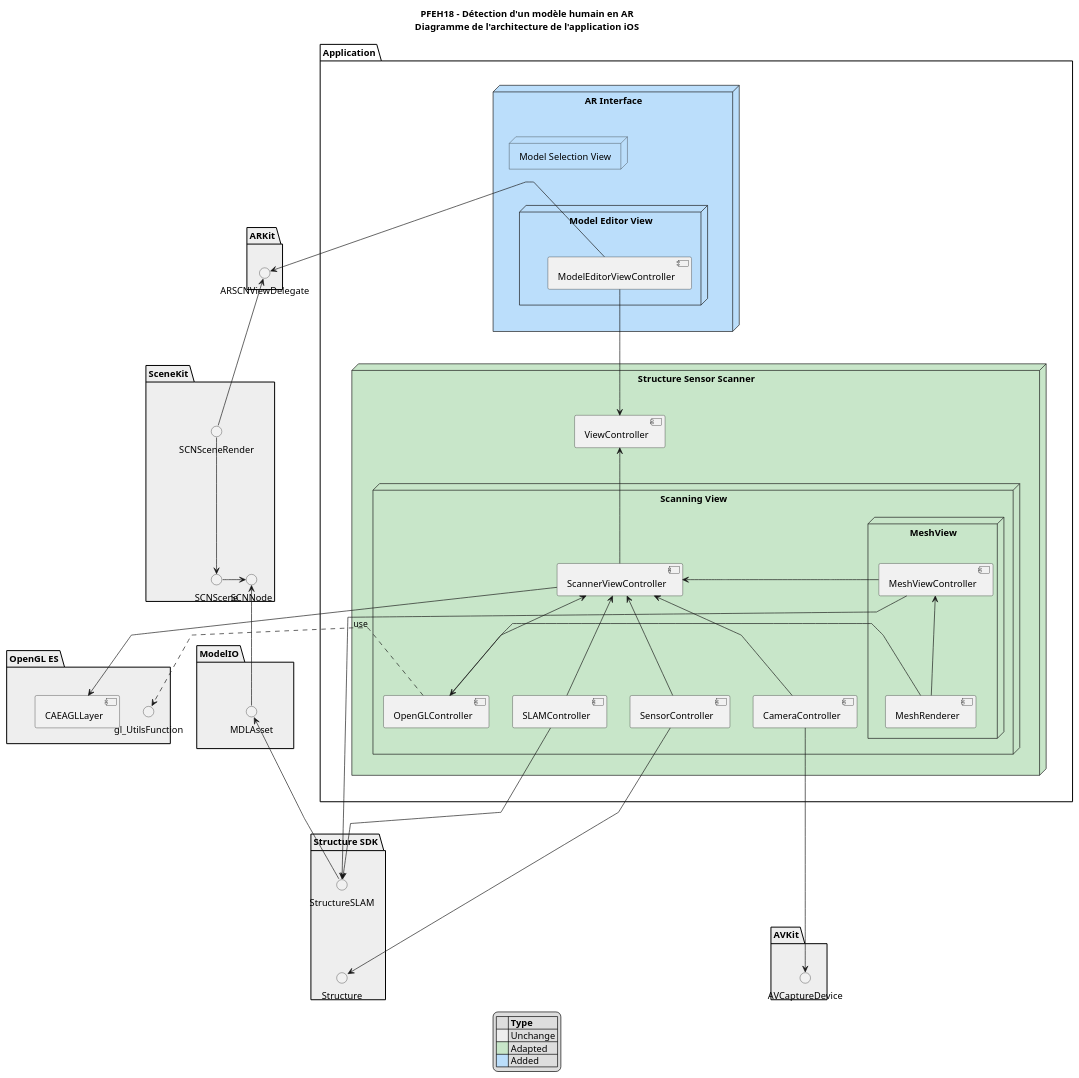
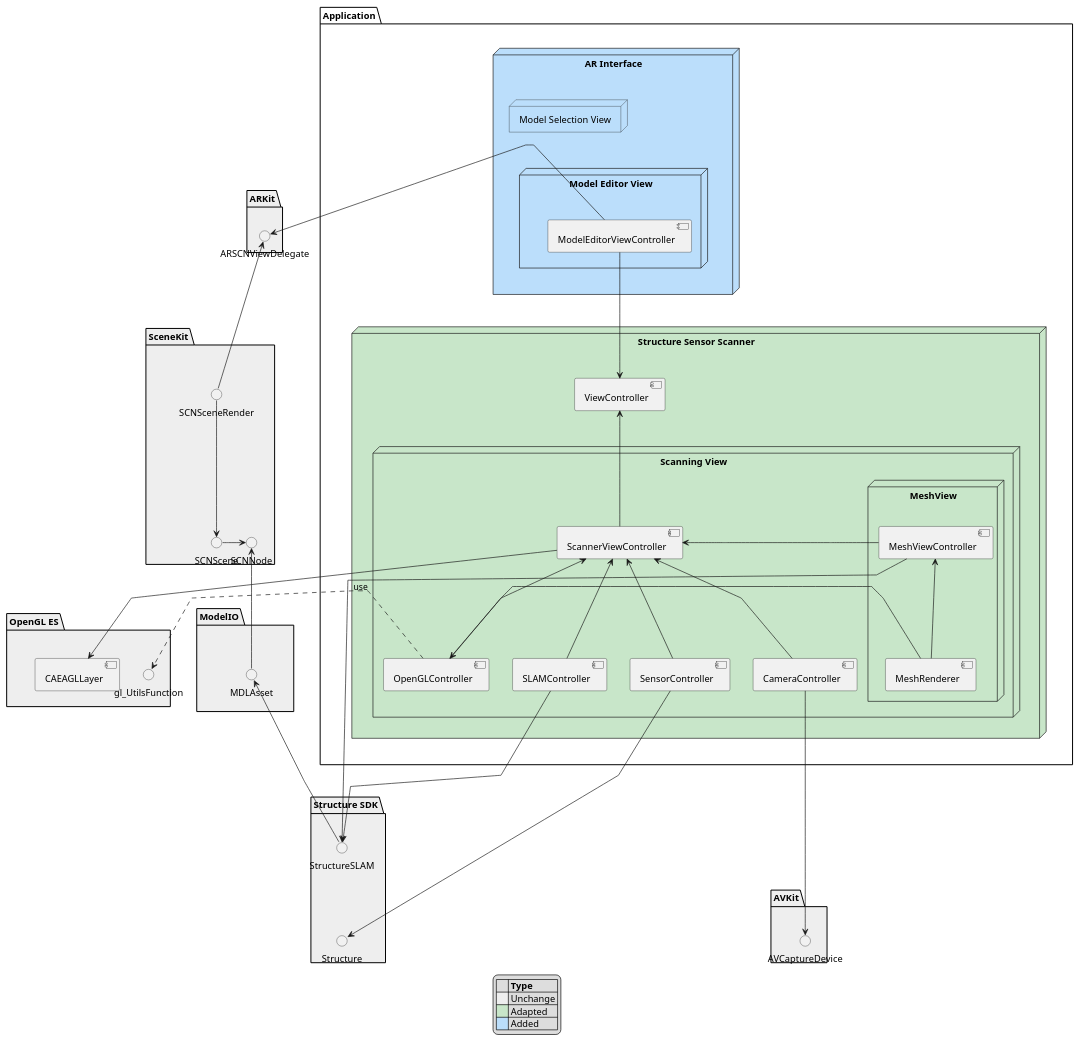
Before and after one commit to julienlemonde/PFE2018-AR: the diagram in rapport/project-architecture.puml, drawn with PlantUML. The commit also changed 3 other files, not shown here.

Commit message:
Add project-architecture diagram

```diff
--- a/rapport/project-architecture.puml
+++ b/rapport/project-architecture.puml
@@ -1,87 +1,86 @@
 @startuml
 skinparam style strictuml
 skinparam linetype polyline
 hide empty members
-title PFEH18 - Détection d'un modèle humain en AR\nDiagramme de l'architecture de l'application iOS
 
 package "Structure SDK" as StructureSDK #EEEEEE{
 () Structure
 () StructureSLAM 
 Structure -[hidden]up-> StructureSLAM
 }
 package "OpenGL ES" as OpenGL #EEEEEE{
     [CAEAGLLayer]
     () gl_UtilsFunction
 }
 
 package Application {
 node "Structure Sensor Scanner" as StructureSensorScanner #C8E6C9{
 [ViewController]
 node "Scanning View" {
 [CameraController] -up-> [ScannerViewController]
 [SLAMController] -up-> [ScannerViewController]
 [SensorController] -up-> [ScannerViewController]
 [OpenGLController] -up-> [ScannerViewController]
 node "MeshView" {
 [MeshRenderer] -up-> [MeshViewController]
 }
 }
 } 
 node "AR Interface" as ARInterface #BBDEFB{
 node "Model Editor View" as ModelEditorView {
 [ModelEditorViewController] 
 }
 node "Model Selection View" as ModelSelectionView #BBDEFB{
 }
 }
 [ModelEditorViewController] -down-> [ViewController]
 ModelSelectionView -[hidden]down-> ModelEditorView
 }
 
 package ARKit #EEEEEE{
 () ARSCNViewDelegate
 }
 
 package SceneKit #EEEEEE{
 () SCNSceneRender -down-> () SCNScene
 SCNScene -right-> () SCNNode
 }
 
 package AVKit #EEEEEE{
 () AVCaptureDevice
 }
 
 package ModelIO #EEEEEE{
 () MDLAsset
 }
 
 [SLAMController] -right-> StructureSLAM
 [SensorController] -right-> Structure
 [ScannerViewController] -right-> [CAEAGLLayer]
 [OpenGLController] .right.> gl_UtilsFunction : use
 [ScannerViewController] -up-> [ViewController]
 [MeshViewController] -left-> [ScannerViewController]
 [MeshViewController] -right-> StructureSLAM
 [CameraController] -right-> AVCaptureDevice
 SCNSceneRender -up-> ARSCNViewDelegate
 [ModelEditorViewController] -right-> ARSCNViewDelegate
 [MeshRenderer] -right-> OpenGLController
 MDLAsset -up-> SCNNode
 StructureSLAM -up-> MDLAsset
 OpenGL -[hidden]right-> ModelIO
 OpenGL -[hidden]left-> Application 
 OpenGL -[hidden]up-> SceneKit 
 StructureSDK -[hidden]up-> OpenGL
 StructureSDK -[hidden]down-> AVKit 
 StructureSDK -[hidden]left-> Application 
 AVKit -[hidden]left-> Application 
 StructureSensorScanner -[hidden]up-> ARInterface 
 
 legend
     |= |= Type |
     |<#EEEEEE>     | Unchange |
     |<#C8E6C9>     | Adapted |
     |<#BBDEFB>     | Added |
 endlegend
 
 @enduml
```
